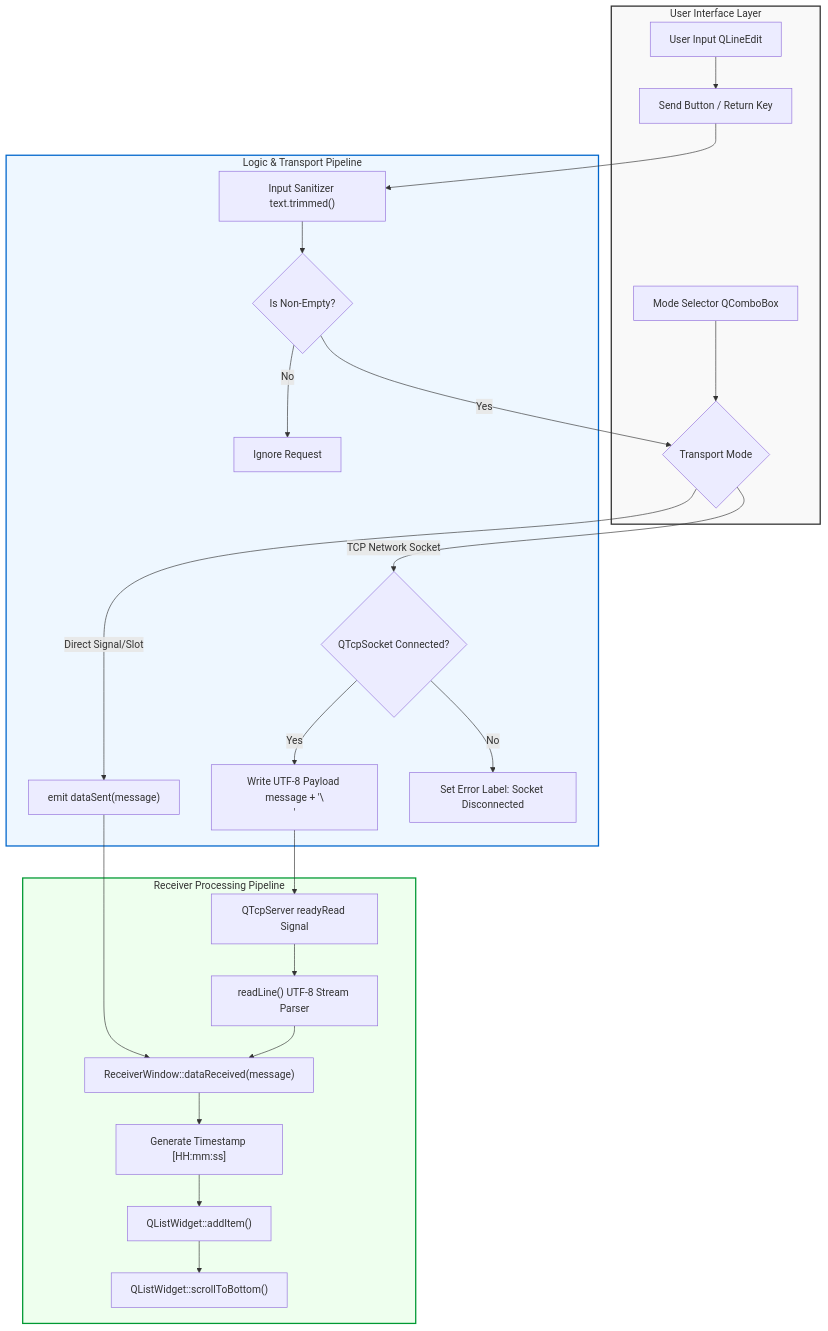
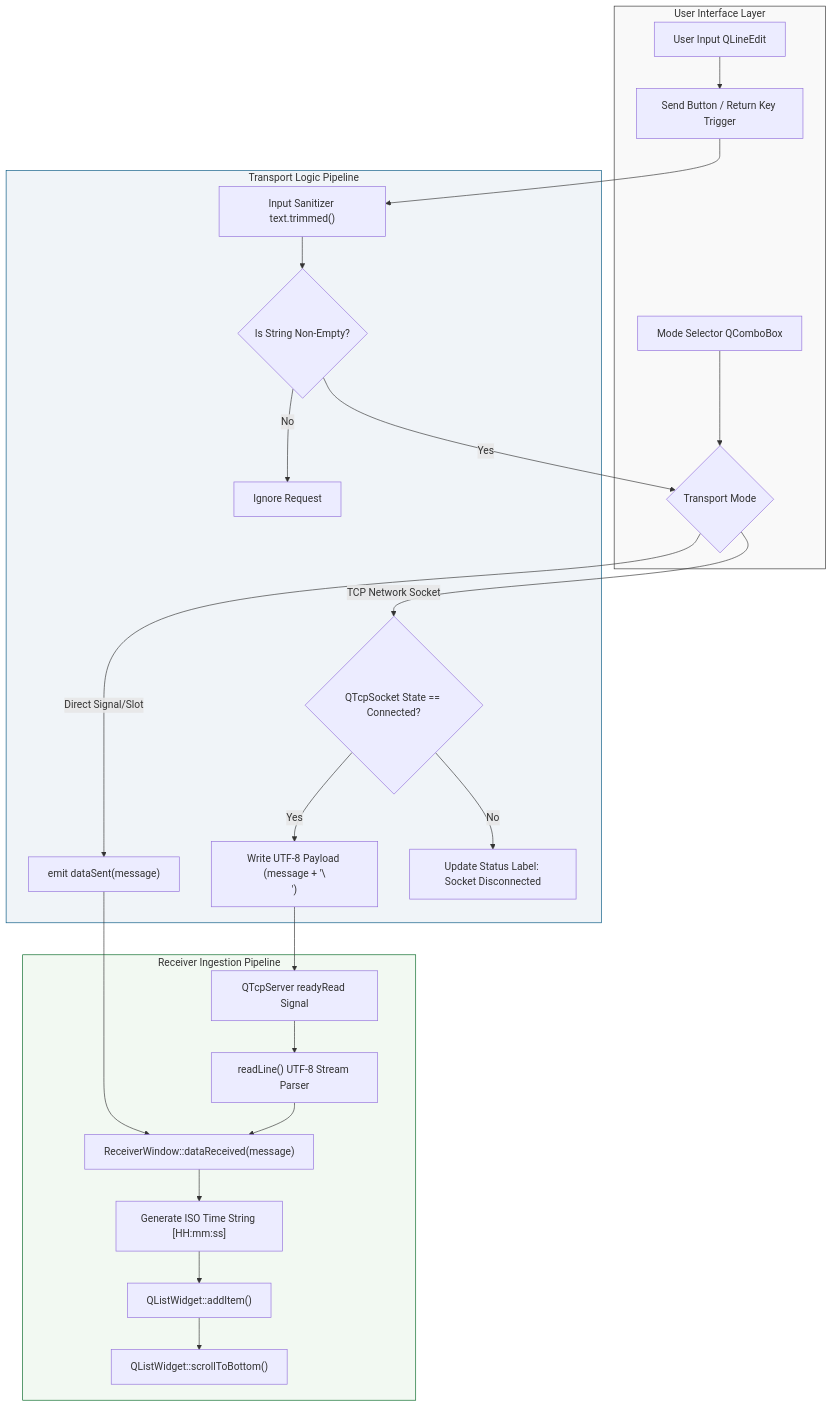
One commit to ramanujaganesh26/SignalBridge changed the first of 3 diagrams in README.md. Above: the diagram before and after it, drawn with Mermaid. The commit also changed other lines of this file, not shown here.

````diff
--- a/README.md
+++ b/README.md
@@ -89,34 +45,34 @@
 ```mermaid
 graph TD
     subgraph UI_Layer["User Interface Layer"]
-        A["User Input QLineEdit"] --> B["Send Button / Return Key"]
+        A["User Input QLineEdit"] --> B["Send Button / Return Key Trigger"]
         C["Mode Selector QComboBox"] --> D{"Transport Mode"}
     end
 
-    subgraph Logic_Layer["Logic & Transport Pipeline"]
+    subgraph Logic_Layer["Transport Logic Pipeline"]
         B --> E["Input Sanitizer text.trimmed()"]
-        E --> F{"Is Non-Empty?"}
+        E --> F{"Is String Non-Empty?"}
         F -- Yes --> D
         F -- No --> G["Ignore Request"]
         
         D -- Direct Signal/Slot --> H["emit dataSent(message)"]
-        D -- TCP Network Socket --> I{"QTcpSocket Connected?"}
+        D -- TCP Network Socket --> I{"QTcpSocket State == Connected?"}
         
-        I -- Yes --> J["Write UTF-8 Payload message + '\\n'"]
-        I -- No --> K["Set Error Label: Socket Disconnected"]
+        I -- Yes --> J["Write UTF-8 Payload (message + '\\n')"]
+        I -- No --> K["Update Status Label: Socket Disconnected"]
     end
 
-    subgraph Receiver_Layer["Receiver Processing Pipeline"]
+    subgraph Receiver_Layer["Receiver Ingestion Pipeline"]
         H --> L["ReceiverWindow::dataReceived(message)"]
         J --> M["QTcpServer readyRead Signal"]
         M --> N["readLine() UTF-8 Stream Parser"]
         N --> L
-        L --> O["Generate Timestamp [HH:mm:ss]"]
+        L --> O["Generate ISO Time String [HH:mm:ss]"]
         O --> P["QListWidget::addItem()"]
         P --> Q["QListWidget::scrollToBottom()"]
     end
 
-    style UI_Layer fill:#f9f9f9,stroke:#333,stroke-width:2px
-    style Logic_Layer fill:#eef7ff,stroke:#0066cc,stroke-width:2px
-    style Receiver_Layer fill:#efe,stroke:#009933,stroke-width:2px
+    style UI_Layer fill:#f9f9f9,stroke:#333,stroke-width:1px
+    style Logic_Layer fill:#f0f4f8,stroke:#005580,stroke-width:1px
+    style Receiver_Layer fill:#f2f9f2,stroke:#006622,stroke-width:1px
 ```
````
